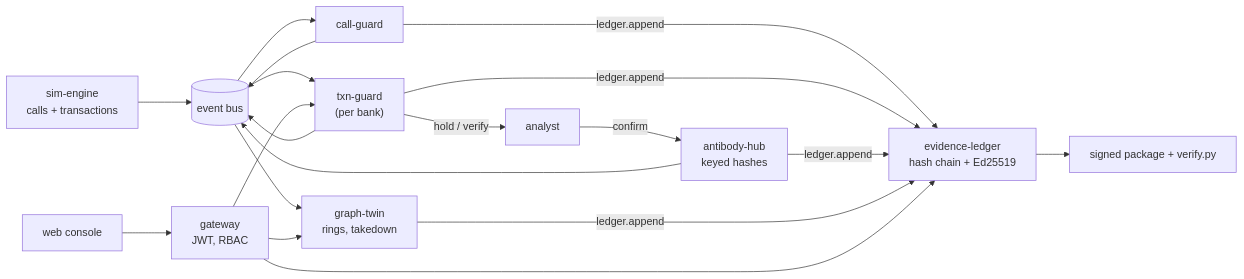
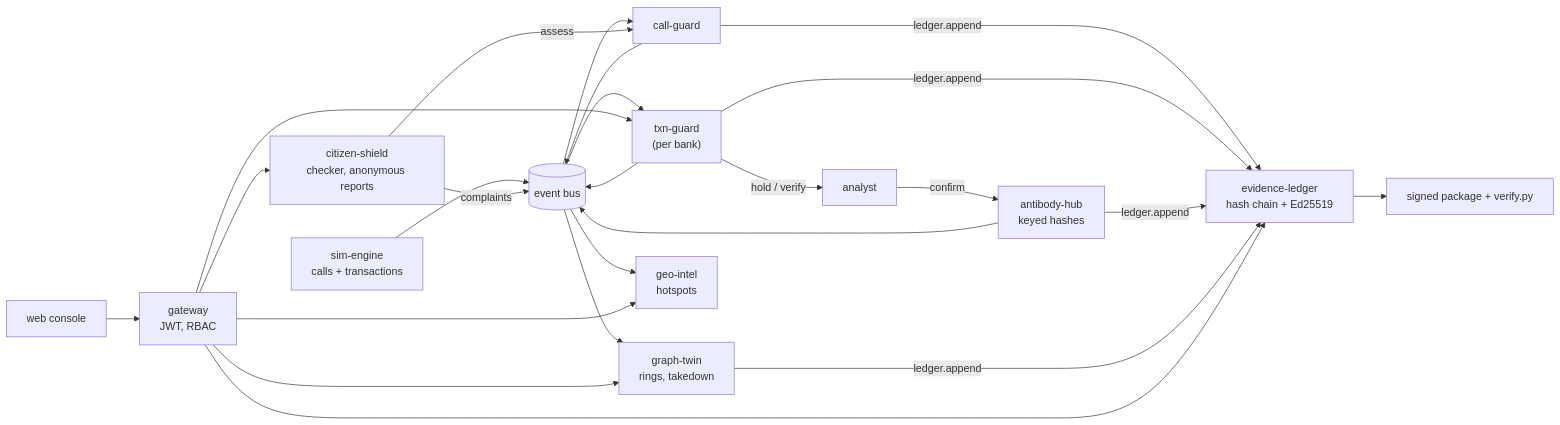
Before and after one commit to aman-18-choudhary/ai_powered_immune: the diagram in README.md, drawn with Mermaid. The commit also changed other lines of this file, not shown here.

````diff
--- a/README.md
+++ b/README.md
@@ -60,15 +76,18 @@
 ```mermaid
 flowchart LR
   SIM["sim-engine<br/>calls + transactions"] --> BUS[("event bus")]
   BUS --> CG["call-guard"] --> BUS
   BUS --> TG["txn-guard<br/>(per bank)"]
   TG -- "hold / verify" --> AN["analyst"]
   AN -- "confirm" --> HUB["antibody-hub<br/>keyed hashes"]
   HUB --> BUS
   TG --> BUS
   BUS --> GT["graph-twin<br/>rings, takedown"]
   CG & TG & HUB & GT -- "ledger.append" --> LED["evidence-ledger<br/>hash chain + Ed25519"]
   LED --> PKG["signed package + verify.py"]
-  GW["gateway<br/>JWT, RBAC"] --> TG & GT & LED
+  CS["citizen-shield<br/>checker, anonymous reports"] -- "complaints" --> BUS
+  BUS --> GEO["geo-intel<br/>hotspots"]
+  CS -- "assess" --> CG
+  GW["gateway<br/>JWT, RBAC"] --> TG & GT & LED & GEO & CS
   CON["web console"] --> GW
 ```
````
